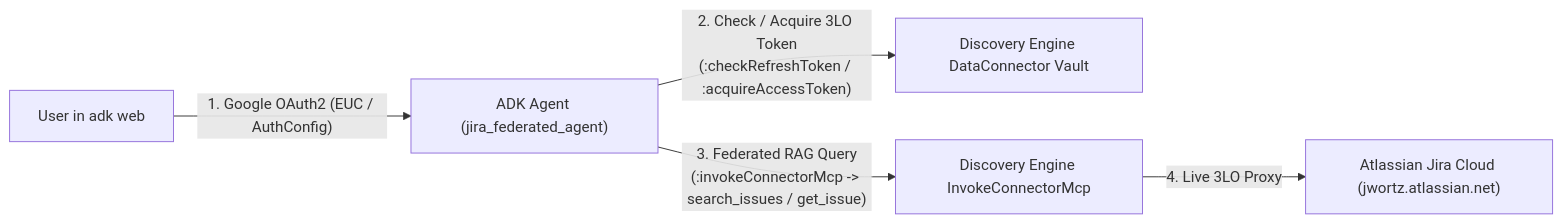
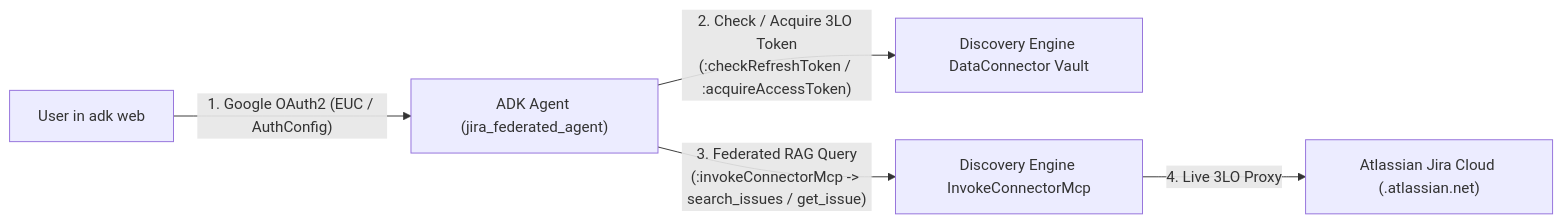
Before and after one commit to jswortz/gemini-jira-federated: the diagram in plan.md, drawn with Mermaid. The commit also changed other lines of this file and 1 other file, not shown here.

````diff
--- a/plan.md
+++ b/plan.md
@@ -14,7 +11,7 @@
 ```mermaid
 flowchart LR
     User["User in adk web"] -->|"1. Google OAuth2 (EUC / AuthConfig)"| ADK["ADK Agent (jira_federated_agent)"]
     ADK -->|"2. Check / Acquire 3LO Token\n(:checkRefreshToken / :acquireAccessToken)"| DEAuth["Discovery Engine DataConnector Vault"]
     ADK -->|"3. Federated RAG Query\n(:invokeConnectorMcp -> search_issues / get_issue)"| DEMcp["Discovery Engine InvokeConnectorMcp"]
-    DEMcp -->|"4. Live 3LO Proxy"| Jira["Atlassian Jira Cloud (jwortz.atlassian.net)"]
+    DEMcp -->|"4. Live 3LO Proxy"| Jira["Atlassian Jira Cloud (<tenant>.atlassian.net)"]
 ```
````
